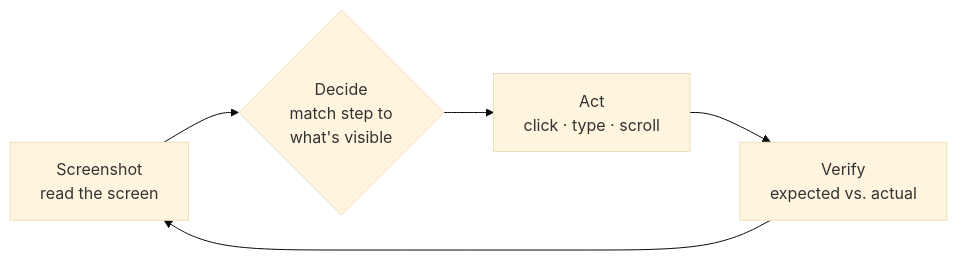
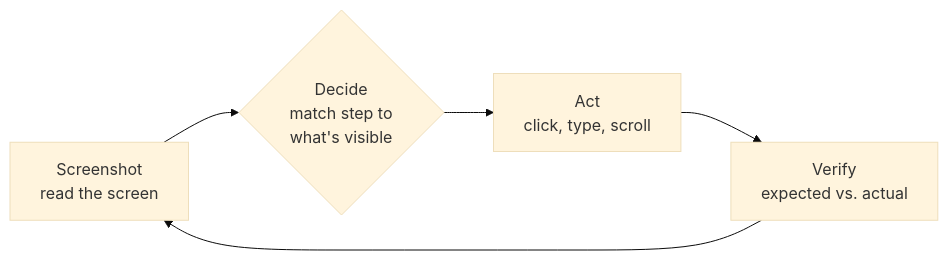
Before and after one commit to askui/docs-rewrite: the diagram in content/docs/concepts/computer-use-agent.mdx, drawn with Mermaid (base theme). The commit also changed other lines of this file and 5 other files, not shown here.

First line of the commit message:
docs: drop interpunct separators from diagram labels and step headings

````diff
--- a/content/docs/concepts/computer-use-agent.mdx
+++ b/content/docs/concepts/computer-use-agent.mdx
@@ -18,7 +18,7 @@
 ```mermaid
 flowchart LR
   A[Screenshot<br/>read the screen] --> B{"Decide<br/>match step to<br/>what's visible"}
-  B --> C[Act<br/>click · type · scroll]
+  B --> C[Act<br/>click, type, scroll]
   C --> D[Verify<br/>expected vs. actual]
   D --> A
 ```
````
